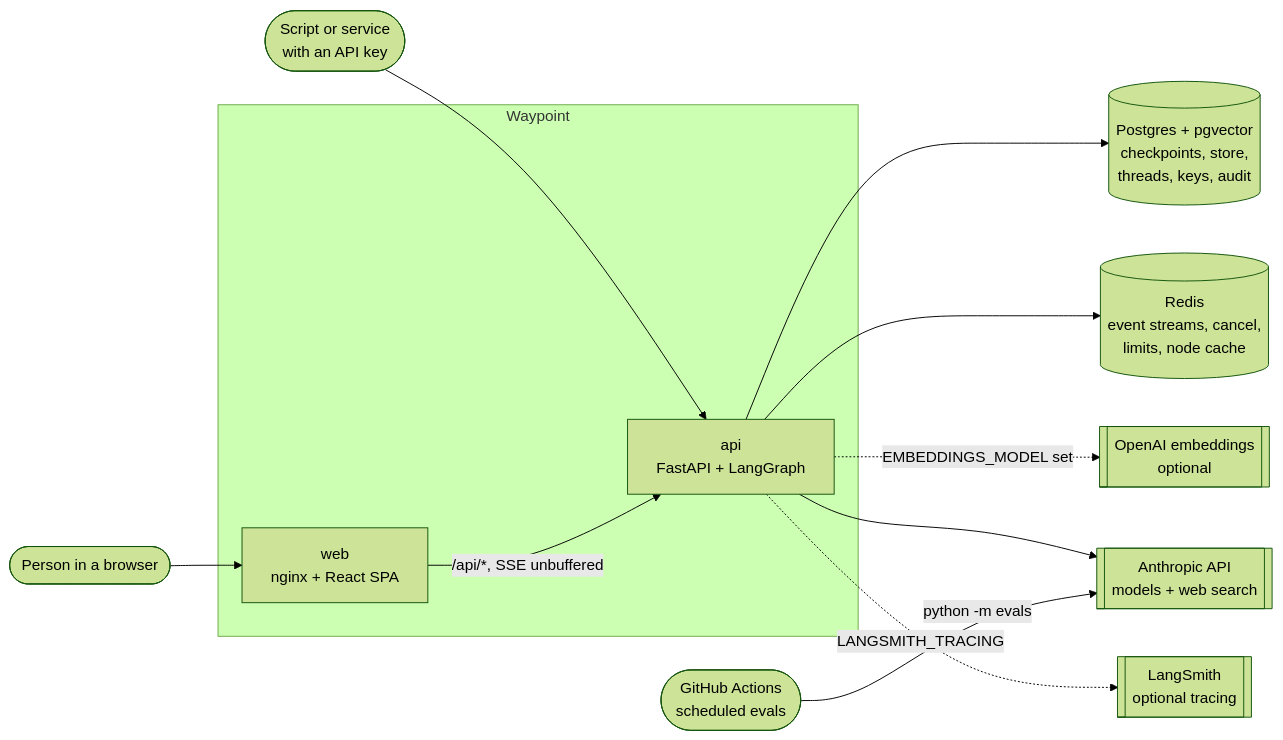
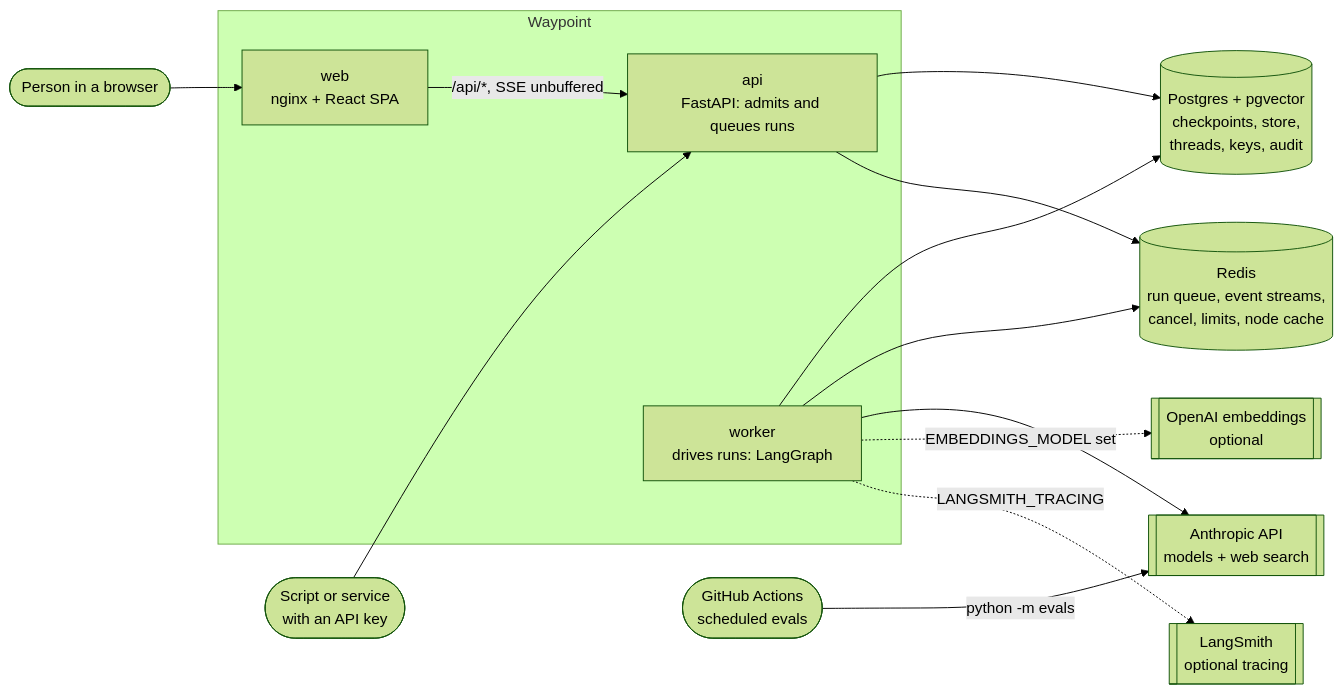
Before and after one commit to brentdunham/waypoint: the first of 4 diagrams in docs/guide/01-overview.md, drawn with Mermaid (forest theme). The commit also changed other lines of this file and 29 other files, not shown here.

First line of the commit message:
Queue runs and drive them in a worker service (queue.md phase 1)

````diff
--- a/docs/guide/01-overview.md
+++ b/docs/guide/01-overview.md
@@ -44,27 +44,30 @@
 ```mermaid
 flowchart LR
     user([Person in a browser])
     script([Script or service<br/>with an API key])
     ci([GitHub Actions<br/>scheduled evals])
 
     subgraph waypoint[Waypoint]
         web[web<br/>nginx + React SPA]
-        api[api<br/>FastAPI + LangGraph]
+        api[api<br/>FastAPI: admits and queues runs]
+        worker[worker<br/>drives runs: LangGraph]
     end
 
     pg[(Postgres + pgvector<br/>checkpoints, store,<br/>threads, keys, audit)]
-    redis[(Redis<br/>event streams, cancel,<br/>limits, node cache)]
+    redis[(Redis<br/>run queue, event streams,<br/>cancel, limits, node cache)]
     anthropic[[Anthropic API<br/>models + web search]]
     openai[[OpenAI embeddings<br/>optional]]
     langsmith[[LangSmith<br/>optional tracing]]
 
     user --> web
     web -- "/api/*, SSE unbuffered" --> api
     script --> api
     ci -- "python -m evals" --> anthropic
     api --> pg
     api --> redis
-    api --> anthropic
-    api -. "EMBEDDINGS_MODEL set" .-> openai
-    api -. "LANGSMITH_TRACING" .-> langsmith
+    worker --> pg
+    worker --> redis
+    worker --> anthropic
+    worker -. "EMBEDDINGS_MODEL set" .-> openai
+    worker -. "LANGSMITH_TRACING" .-> langsmith
 ```
````
